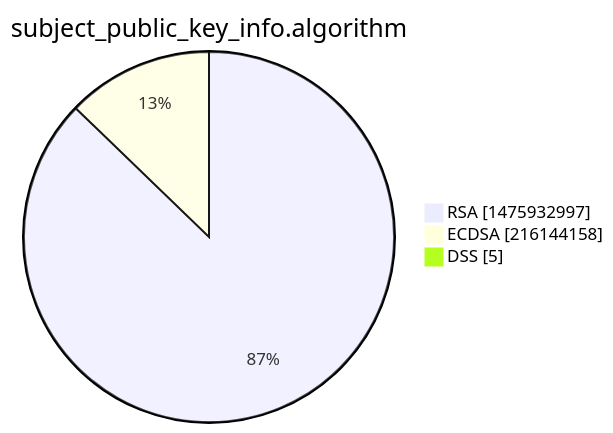
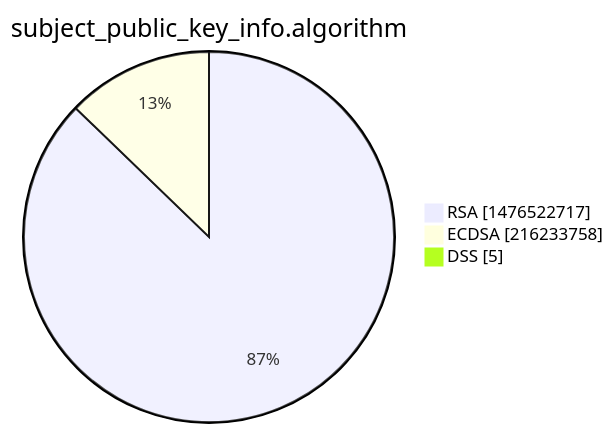
The third of 15 diagrams in xenon2022/README.md (christiankrug/ctmonitor_visualization), drawn with Mermaid before and after one commit. The commit also changed other lines of this file, not shown here.

````diff
--- a/xenon2022/README.md
+++ b/xenon2022/README.md
@@ -14,7 +14,7 @@
 ```mermaid
 pie showData
 title subject_public_key_info.algorithm
-"RSA" :1475932997
-"ECDSA" :216144158
+"RSA" :1476522717
+"ECDSA" :216233758
 "DSS" :5
 ```
````
